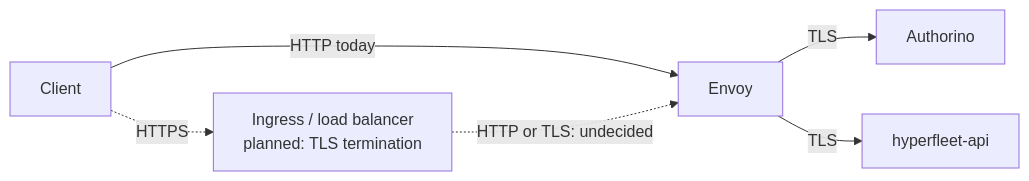
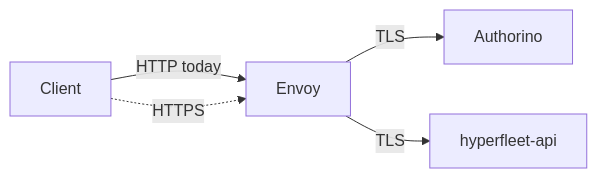
One commit to openshift-hyperfleet/architecture changed the second of 2 diagrams in hyperfleet/docs/gateway-authentication-design.md. Above: the diagram before and after it, drawn with Mermaid. The commit also changed other lines of this file and 6 other files, not shown here.

First line of the commit message:
HYPERFLEET-1681 - docs: decide Gateway API ingress and TLS termination (#262)

````diff
--- a/hyperfleet/docs/gateway-authentication-design.md
+++ b/hyperfleet/docs/gateway-authentication-design.md
@@ -121,15 +121,13 @@
 ```mermaid
 flowchart LR
     C["Client"]
-    I["Ingress / load balancer<br/>planned: TLS termination"]
     E["Envoy"]
     F["Authorino"]
     A["hyperfleet-api"]
 
     C -->|"HTTP today"| E
-    C -.->|"HTTPS"| I
-    I -.->|"HTTP or TLS: undecided"| E
+    C -.->|"HTTPS"| E
     E -->|"TLS"| F
     E -->|"TLS"| A
 
 ```
````
